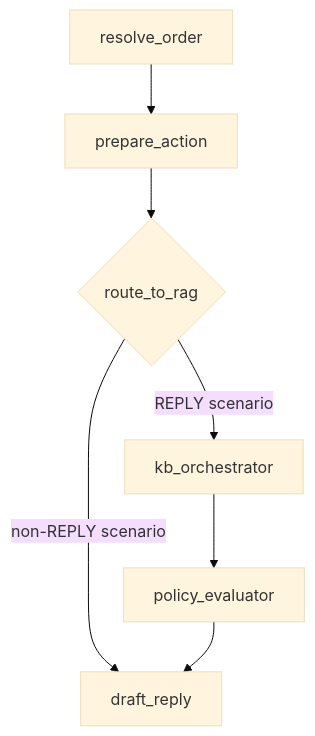
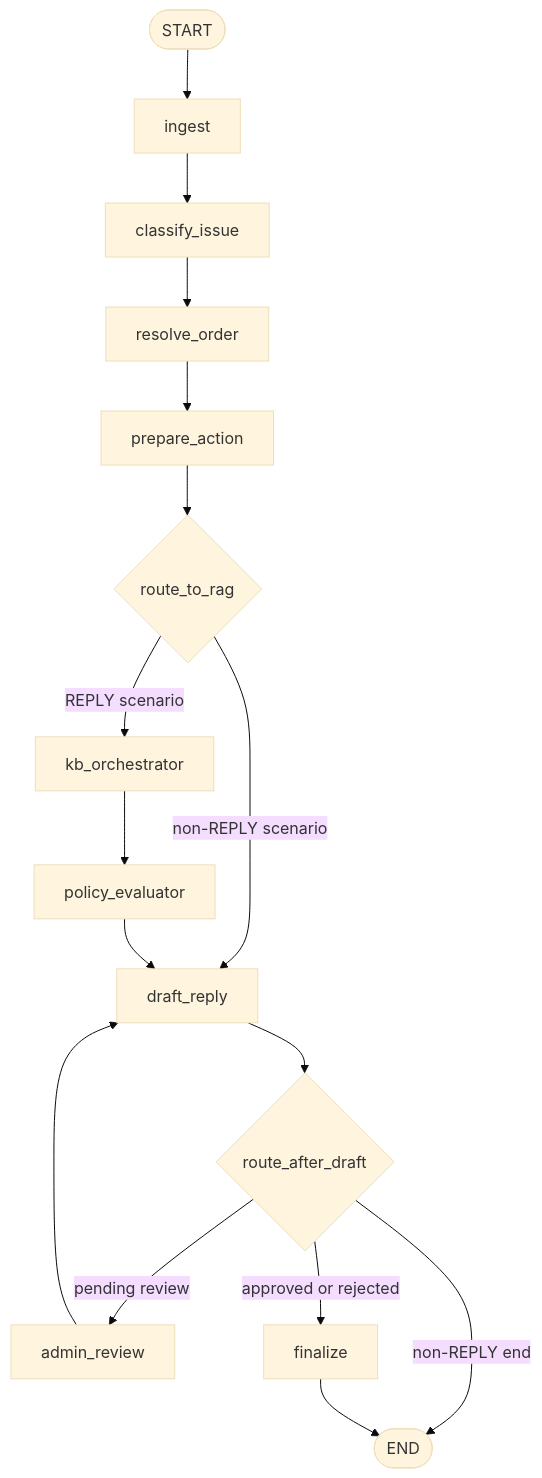
One commit to sprat-kv/p1-seafoam-cicada changed the first of 4 diagrams in README.md. Above: the diagram before and after it, drawn with Mermaid (base theme). The commit also changed other lines of this file, not shown here.

Commit message:
Persist RAG implemnation

````diff
--- a/README.md
+++ b/README.md
@@ -46,9 +46,18 @@
 ```mermaid
 graph TD
-    resolveOrder[resolve_order] --> prepareAction[prepare_action]
+    startNode([START]) --> ingest[ingest]
+    ingest --> classifyIssue[classify_issue]
+    classifyIssue --> resolveOrder[resolve_order]
+    resolveOrder --> prepareAction[prepare_action]
     prepareAction --> routeRAG{"route_to_rag"}
-    routeRAG -->|REPLY scenario| kbOrchestrator[kb_orchestrator]
-    routeRAG -->|non-REPLY scenario| draftReply[draft_reply]
+    routeRAG -->|"REPLY scenario"| kbOrchestrator[kb_orchestrator]
+    routeRAG -->|"non-REPLY scenario"| draftReply[draft_reply]
     kbOrchestrator --> policyEvaluator[policy_evaluator]
     policyEvaluator --> draftReply
+    draftReply --> routeAfterDraft{"route_after_draft"}
+    routeAfterDraft -->|"pending review"| adminReview[admin_review]
+    adminReview --> draftReply
+    routeAfterDraft -->|"approved or rejected"| finalize[finalize]
+    routeAfterDraft -->|"non-REPLY end"| endNode([END])
+    finalize --> endNode
 ```
````
